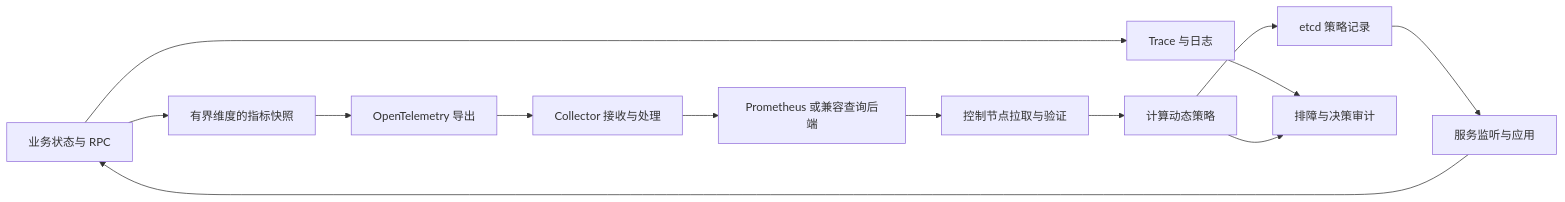
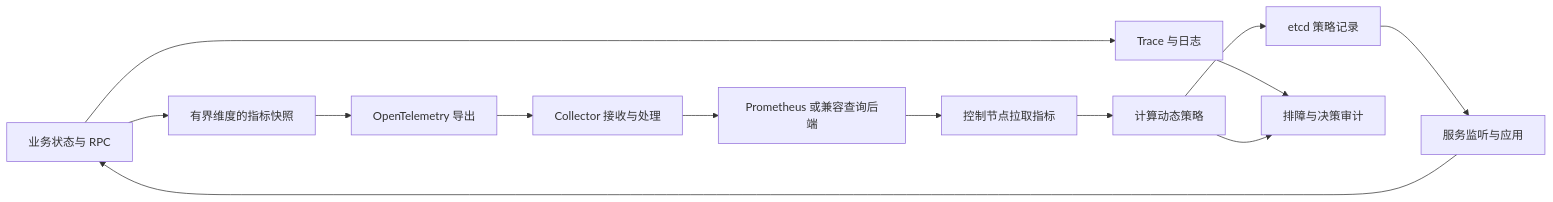
The diagram in doc/docs/whitepaper/observability-policy.md (atframework/atsf4g-co), drawn with Mermaid before and after one commit. The commit also changed other lines of this file and 45 other files, not shown here.

````diff
--- a/doc/docs/whitepaper/observability-policy.md
+++ b/doc/docs/whitepaper/observability-policy.md
@@ -26,15 +26,15 @@
 ```mermaid
 flowchart LR
     S[业务状态与 RPC] --> T[Trace 与日志]
     S --> M[有界维度的指标快照]
     M --> O[OpenTelemetry 导出]
     O --> C[Collector 接收与处理]
     C --> P[Prometheus 或兼容查询后端]
-    P --> Q[控制节点拉取与验证]
+    P --> Q[控制节点拉取指标]
     Q --> D[计算动态策略]
     D --> E[etcd 策略记录]
     E --> W[服务监听与应用]
     W --> S
     T --> A[排障与决策审计]
     D --> A
 ```
````
